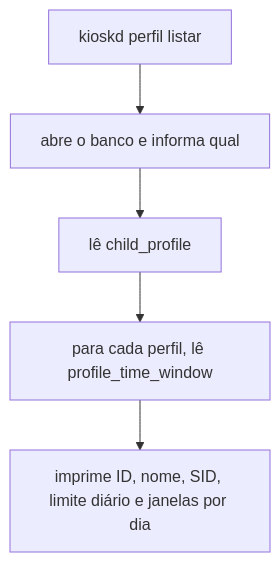
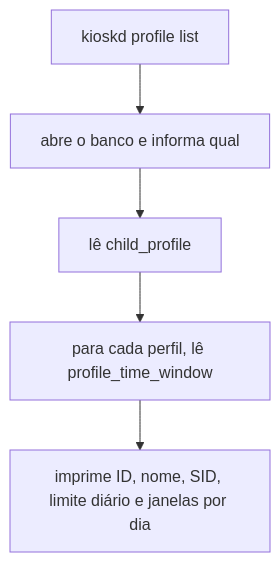
One commit to jefersonlop3s/kiosk-engine changed the eighth of 28 diagrams in docs/architecture/fluxos-dos-comandos.md. Above: the diagram before and after it, drawn with Mermaid. The commit also changed other lines of this file and 43 other files, not shown here.

````diff
--- a/docs/architecture/fluxos-dos-comandos.md
+++ b/docs/architecture/fluxos-dos-comandos.md
@@ -147,7 +147,7 @@
 ```mermaid
 flowchart TD
-    A["kioskd perfil listar"] --> B["abre o banco e informa qual"]
+    A["kioskd profile list"] --> B["abre o banco e informa qual"]
     B --> C["lê child_profile"]
     C --> D["para cada perfil, lê profile_time_window"]
     D --> E["imprime ID, nome, SID, limite diário e janelas por dia"]
 ```
````
